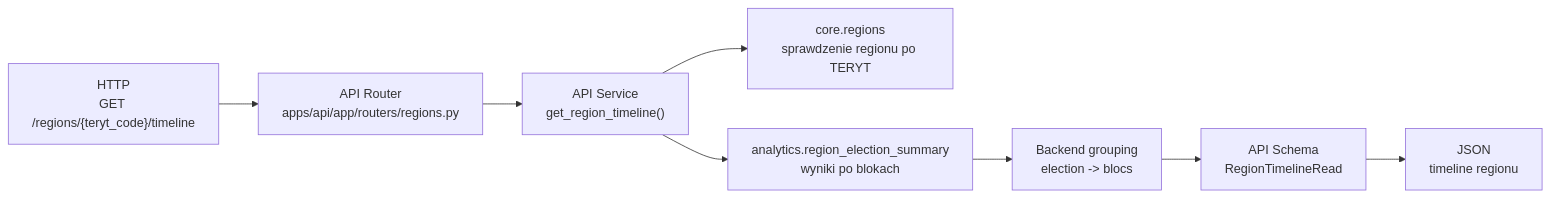
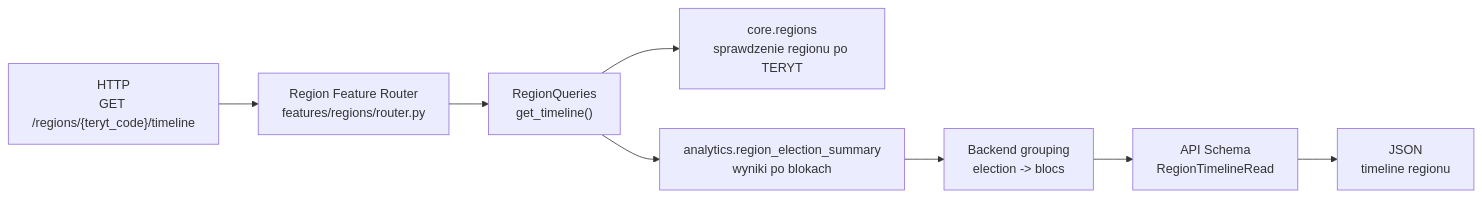
One commit to DawidKK/electoral-drift changed the third of 7 diagrams in docs/flow.md. Above: the diagram before and after it, drawn with Mermaid. The commit also changed other lines of this file and 39 other files, not shown here.

Commit message:
Reorganize architecture

````diff
--- a/docs/flow.md
+++ b/docs/flow.md
@@ -127,19 +127,19 @@
 ```mermaid
 flowchart LR
     request["HTTP<br/>GET /regions/{teryt_code}/timeline"]
-    router["API Router<br/>apps/api/app/routers/regions.py"]
-    service["API Service<br/>get_region_timeline()"]
+    router["Region Feature Router<br/>features/regions/router.py"]
+    service["RegionQueries<br/>get_timeline()"]
     region_lookup["core.regions<br/>sprawdzenie regionu po TERYT"]
     summary_view["analytics.region_election_summary<br/>wyniki po blokach"]
     grouping["Backend grouping<br/>election -> blocs"]
     schema["API Schema<br/>RegionTimelineRead"]
     response["JSON<br/>timeline regionu"]
 
     request --> router
     router --> service
     service --> region_lookup
     service --> summary_view
     summary_view --> grouping
     grouping --> schema
     schema --> response
 ```
````
